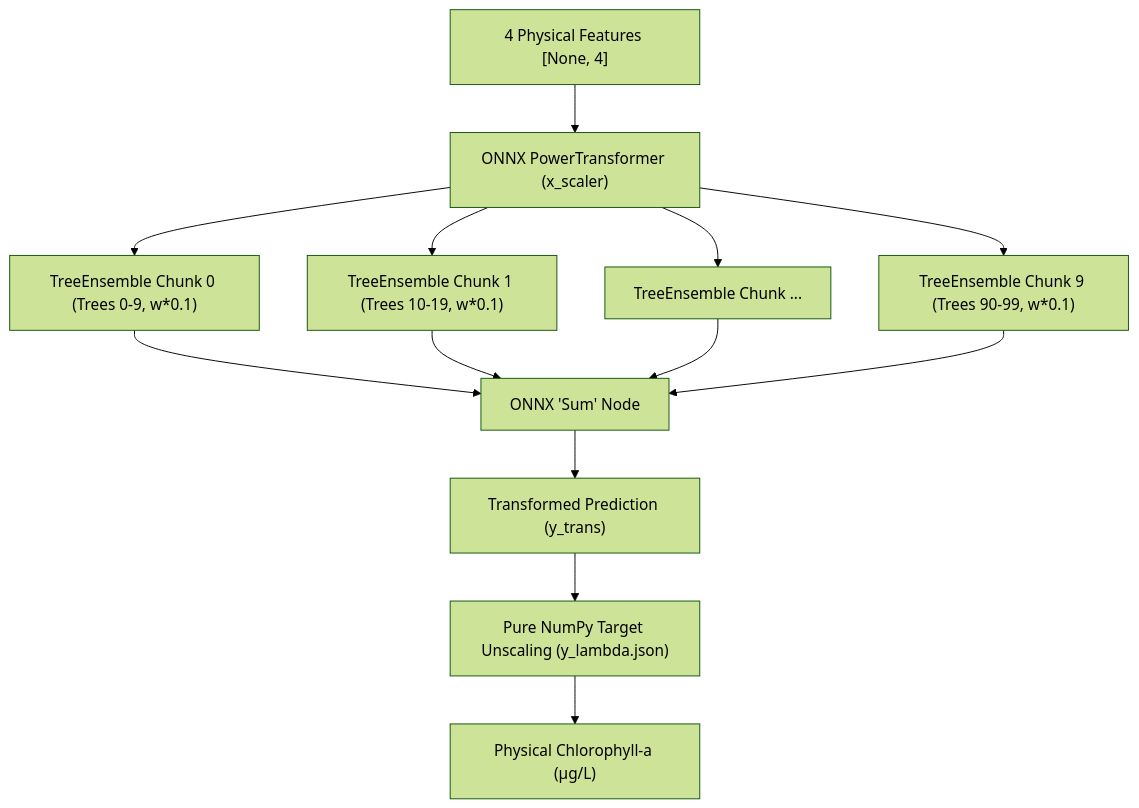
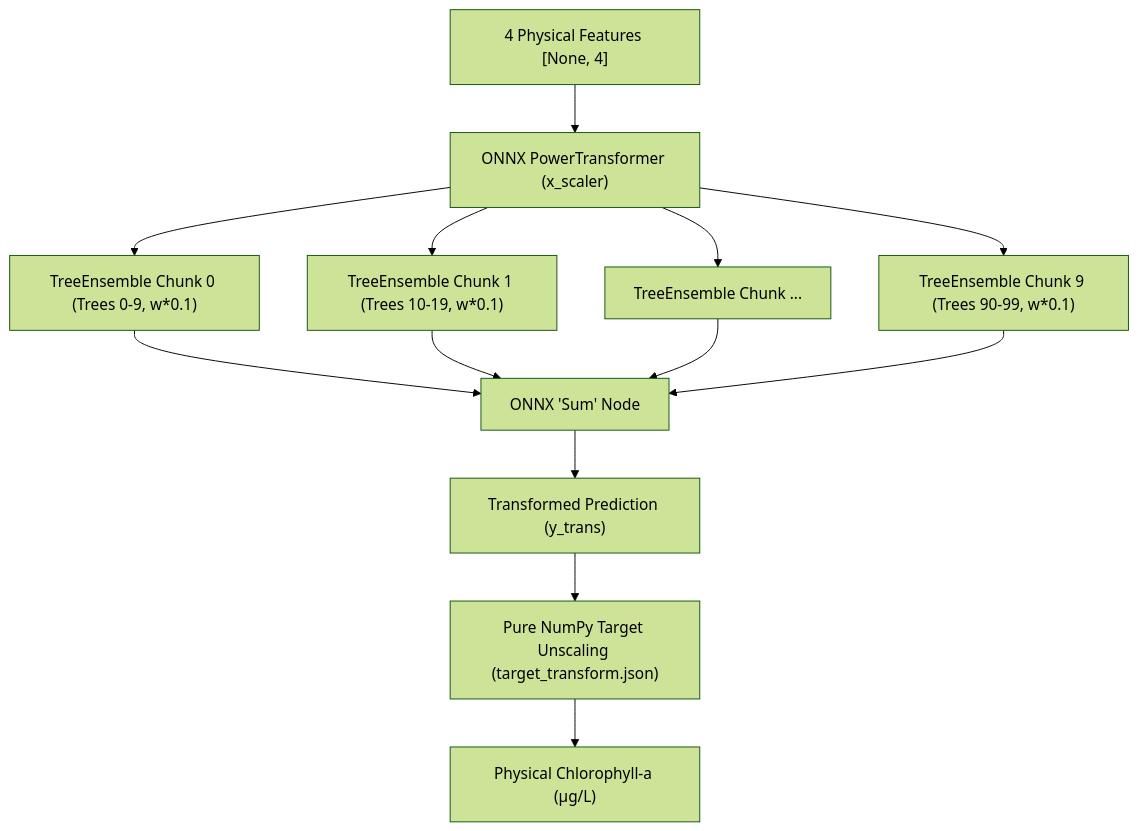
Before and after one commit to GuilloGit/chlorophyll-soft-sensor-edge-iot: the second of 2 diagrams in model-training/README.md, drawn with Mermaid (forest theme). The commit also changed other lines of this file and 10 other files, not shown here.

````diff
--- a/model-training/README.md
+++ b/model-training/README.md
@@ -73,17 +73,17 @@
 ```mermaid
 flowchart TD
     INPUT["4 Physical Features [None, 4]"] --> SCALER["ONNX PowerTransformer (x_scaler)"]
     SCALER --> C0["TreeEnsemble Chunk 0 (Trees 0-9, w*0.1)"]
     SCALER --> C1["TreeEnsemble Chunk 1 (Trees 10-19, w*0.1)"]
     SCALER --> C2["TreeEnsemble Chunk ..."]
     SCALER --> C9["TreeEnsemble Chunk 9 (Trees 90-99, w*0.1)"]
 
     C0 --> SUM["ONNX 'Sum' Node"]
     C1 --> SUM
     C2 --> SUM
     C9 --> SUM
 
     SUM --> Y_TRANS["Transformed Prediction (y_trans)"]
-    Y_TRANS --> NUMPY["Pure NumPy Target Unscaling (y_lambda.json)"]
+    Y_TRANS --> NUMPY["Pure NumPy Target Unscaling (target_transform.json)"]
     NUMPY --> Y_FINAL["Physical Chlorophyll-a (µg/L)"]
 ```
````
